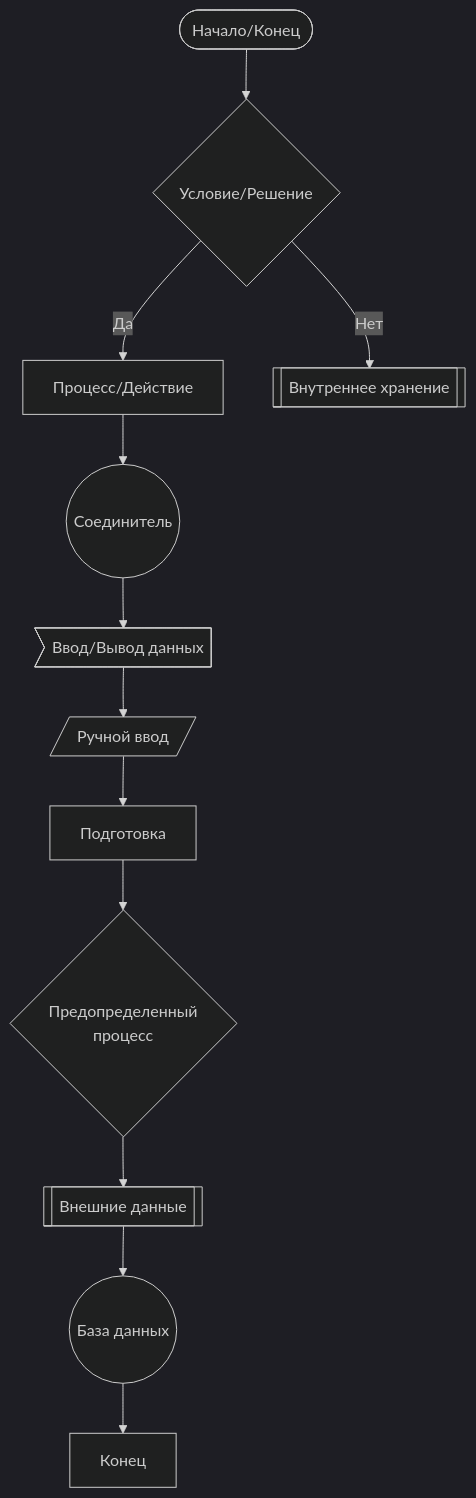
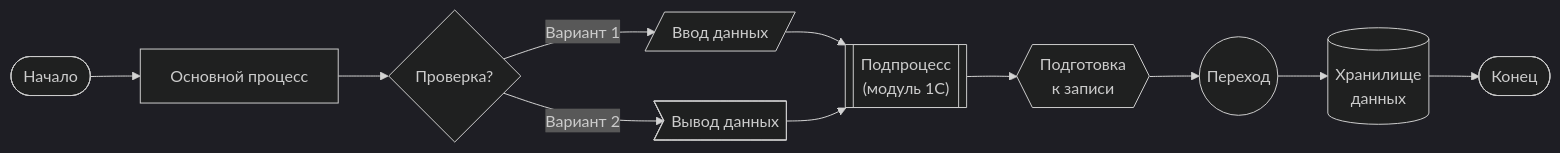
One commit to softboxdev/1c_dev changed the third of 7 diagrams in 1c_architect/Data_Flow_Diagrams_DFD.md. Above: the diagram before and after it, drawn with Mermaid (dark theme). The commit also changed other lines of this file, not shown here.

````diff
--- a/1c_architect/Data_Flow_Diagrams_DFD.md
+++ b/1c_architect/Data_Flow_Diagrams_DFD.md
@@ -21,20 +85,21 @@
 ```mermaid
-flowchart TD
-    %% Начало/Конец
-    A(["Начало/Конец"]) --> B{Условие/Решение}
+flowchart LR
+    %% Пример правильной нотации для всех элементов
+    Start(["Начало"]) --> Process[Основной процесс]
     
-    B -->|Да| C[Процесс/Действие]
-    B -->|Нет| D[[Внутреннее хранение]]
+    Process --> Decision{Проверка?}
     
-    C --> E((Соединитель))
-    E --> F>Ввод/Вывод данных]
+    Decision -->|Вариант 1| Input[/Ввод данных/]
+    Decision -->|Вариант 2| Output>"Вывод данных"]
     
-    F --> G[/"Ручной ввод"/]
-    G --> H["Подготовка"]
+    Input --> Subprocess[["Подпроцесс\n(модуль 1С)"]]
+    Output --> Subprocess
     
-    H --> I{"Предопределенный<br>процесс"}
-    I --> J[["Внешние данные"]]
+    Subprocess --> Preparation{{Подготовка\nк записи}}
     
-    J --> K(("База данных"))
-    K --> L[Конец]
+    Preparation --> Connector((Переход))
+    
+    Connector --> Database[(Хранилище\nданных)]
+    
+    Database --> End(["Конец"])
 ```
````
